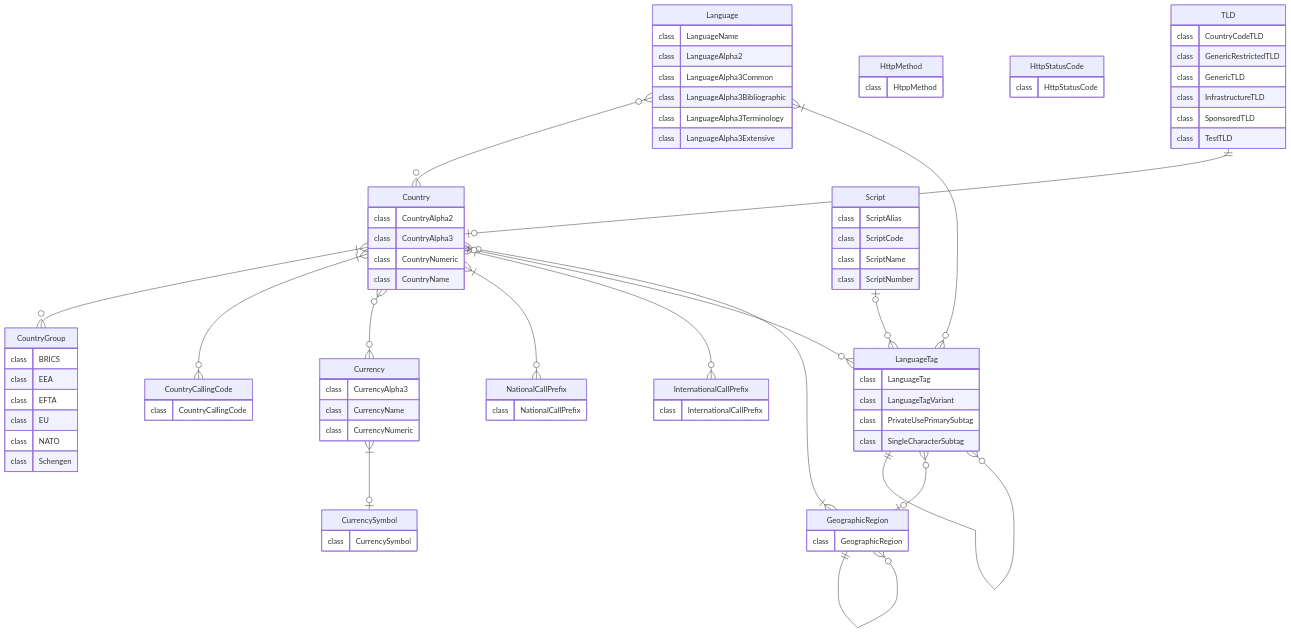
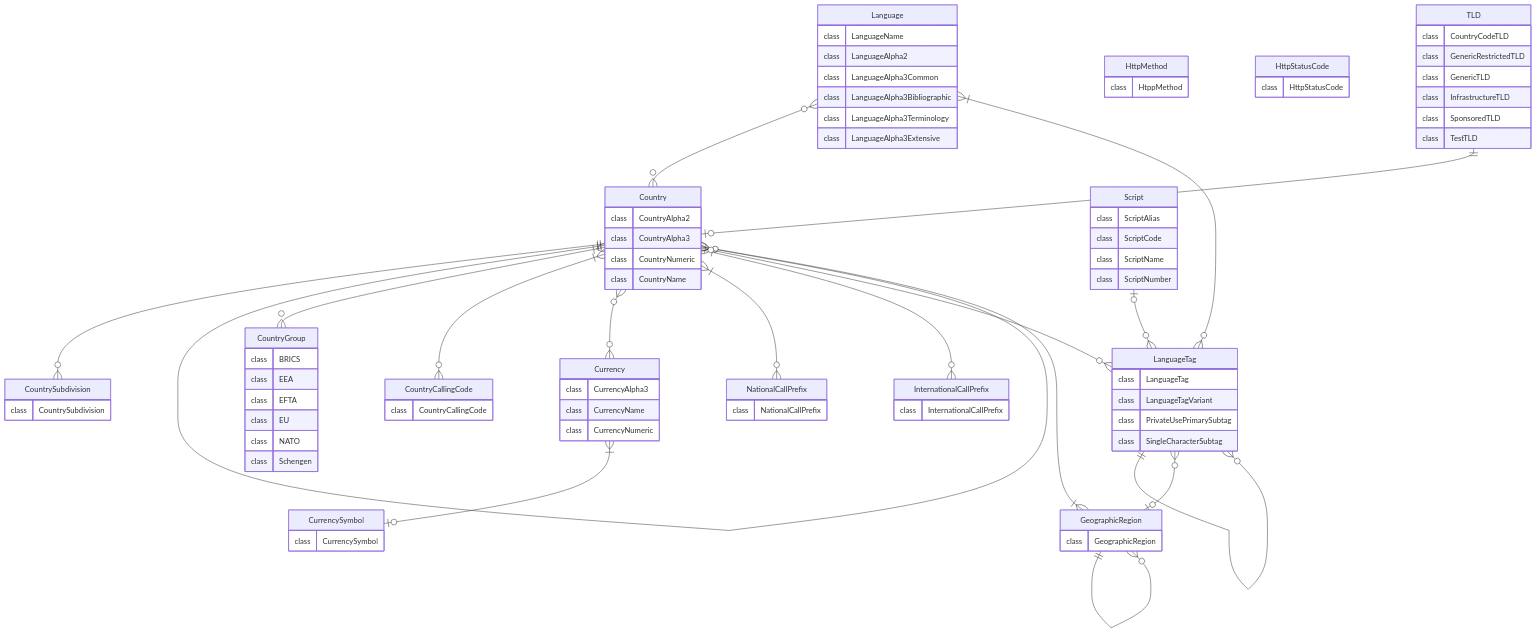
The first of 3 diagrams in README.md (PrinsFrank/standards), drawn with Mermaid before and after one commit. The commit also changed other lines of this file, not shown here.

Commit message:
Add documentation for country subdivisions (#238)

```diff
--- a/README.md
+++ b/README.md
@@ -72,6 +72,9 @@
     }
     CountryCallingCode {
         class CountryCallingCode
+    }
+    CountrySubdivision {
+        class CountrySubdivision
     }
     Currency {
         class CurrencyAlpha3
@@ -122,6 +125,8 @@
         class TestTLD
     }
 
+    Country ||--o{ CountrySubdivision: ""
+    Country ||--o{ Country: ""
     GeographicRegion }|--o{ Country: ""
     GeographicRegion ||--o{ GeographicRegion: ""
     Language }o--o{ Country: ""
```
